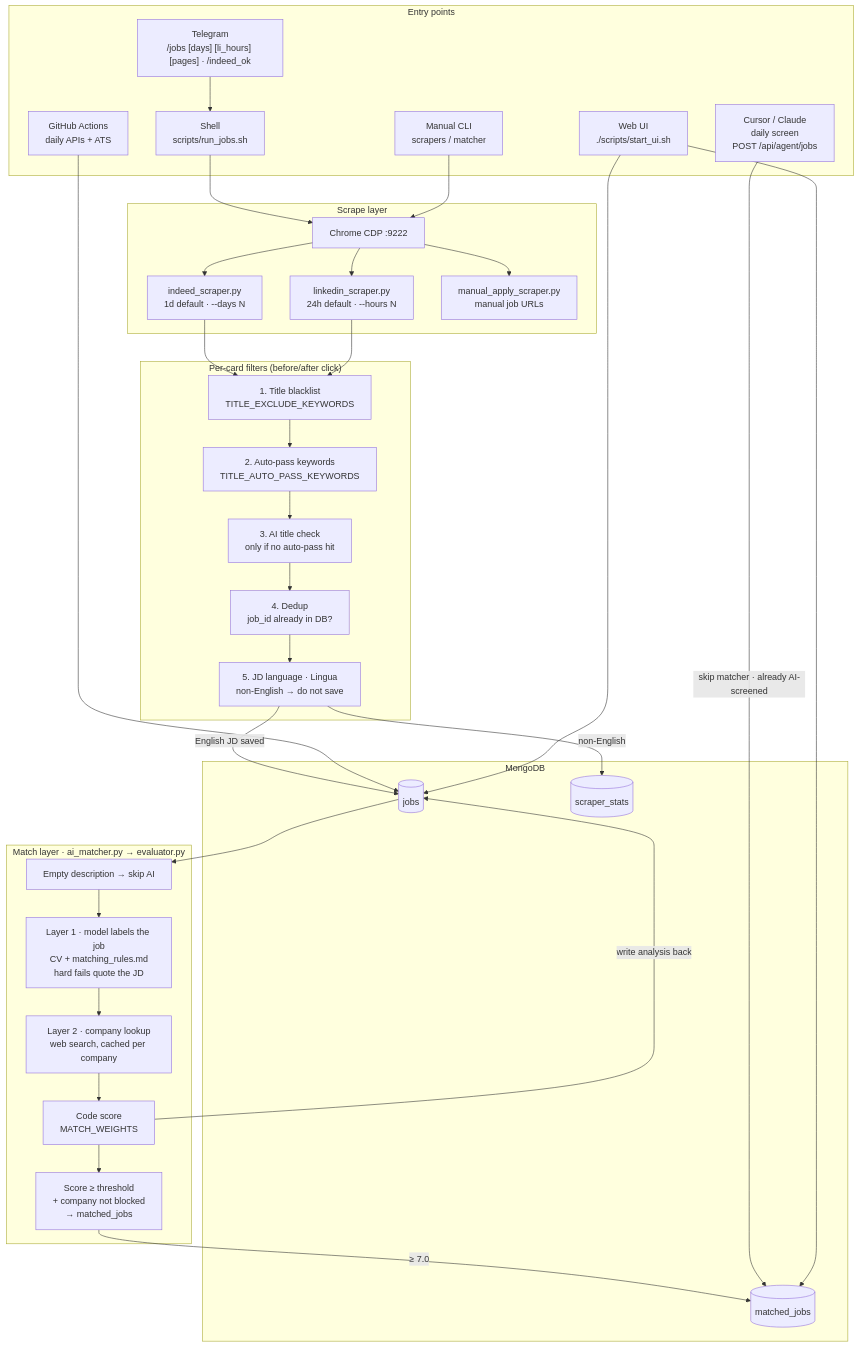
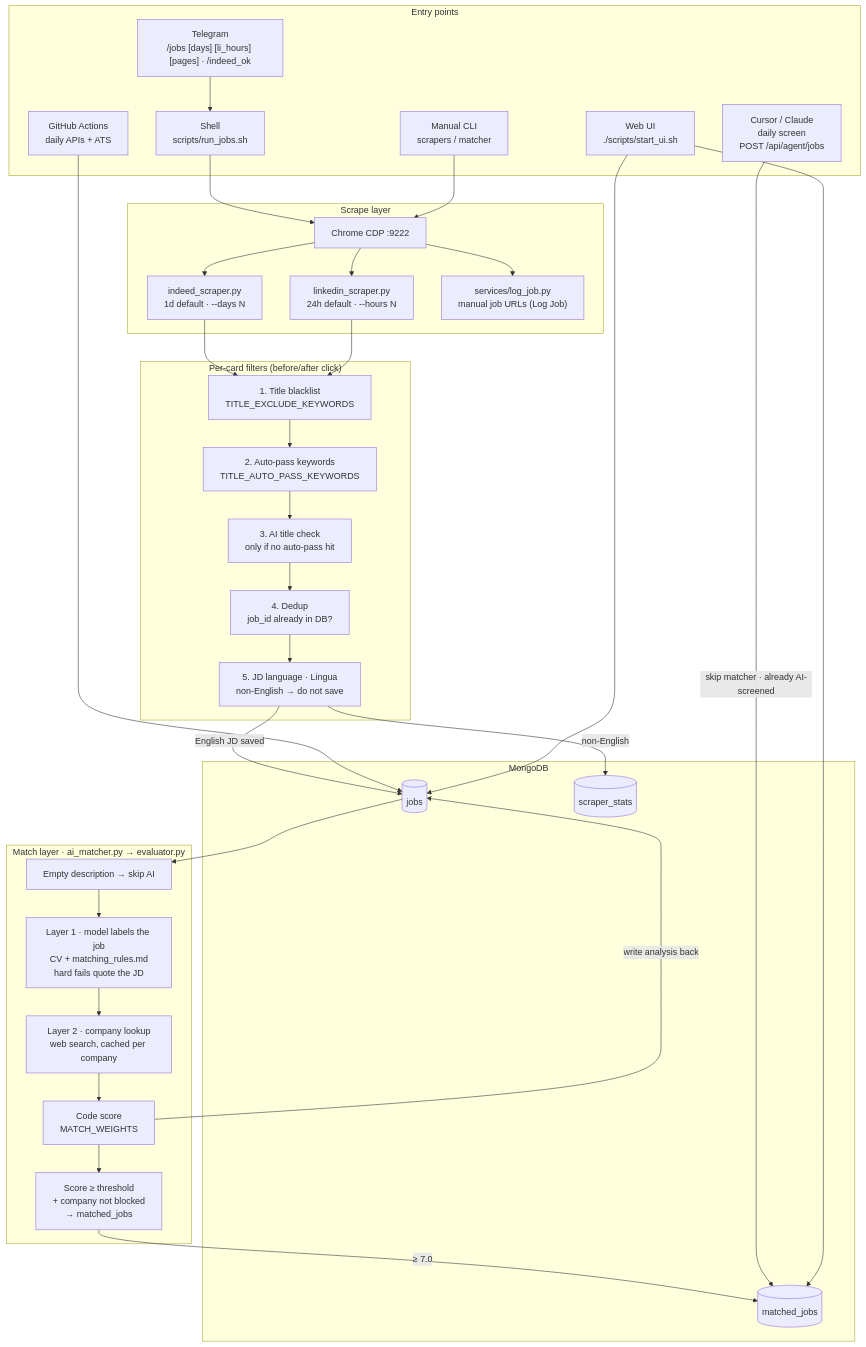
Before and after one commit to JialiNong/job_tracker: the first of 4 diagrams in docs/architecture.md, drawn with Mermaid. The commit also changed other lines of this file and 100 other files, not shown here.

````diff
--- a/docs/architecture.md
+++ b/docs/architecture.md
@@ -13,57 +13,57 @@
 ```mermaid
 flowchart TB
     subgraph Triggers["Entry points"]
         T1["Telegram<br/>/jobs [days] [li_hours] [pages] · /indeed_ok"]
         T2["Shell<br/>scripts/run_jobs.sh"]
         T3["GitHub Actions<br/>daily APIs + ATS"]
         T4["Web UI<br/>./scripts/start_ui.sh"]
         T5["Manual CLI<br/>scrapers / matcher"]
         T6["Cursor / Claude<br/>daily screen<br/>POST /api/agent/jobs"]
     end
 
     subgraph Scrape["Scrape layer"]
         Chrome["Chrome CDP :9222"]
         Indeed["indeed_scraper.py<br/>1d default · --days N"]
         LI["linkedin_scraper.py<br/>24h default · --hours N"]
-        Manual["manual_apply_scraper.py<br/>manual job URLs"]
+        Manual["services/log_job.py<br/>manual job URLs (Log Job)"]
     end
 
     subgraph Filters["Per-card filters (before/after click)"]
         F1["1. Title blacklist<br/>TITLE_EXCLUDE_KEYWORDS"]
         F2["2. Auto-pass keywords<br/>TITLE_AUTO_PASS_KEYWORDS"]
         F3["3. AI title check<br/>only if no auto-pass hit"]
         F4["4. Dedup<br/>job_id already in DB?"]
         F5["5. JD language · Lingua<br/>non-English → do not save"]
     end
 
     subgraph Store["MongoDB"]
         Jobs[("jobs")]
         Matched[("matched_jobs")]
         Stats[("scraper_stats")]
     end
 
     subgraph Match["Match layer · ai_matcher.py → evaluator.py"]
         M0["Empty description → skip AI"]
         M1["Layer 1 · model labels the job<br/>CV + matching_rules.md<br/>hard fails quote the JD"]
         M1b["Layer 2 · company lookup<br/>web search, cached per company"]
         M2["Code score<br/>MATCH_WEIGHTS"]
         M3["Score ≥ threshold<br/>+ company not blocked<br/>→ matched_jobs"]
     end
 
     T1 --> T2
     T2 --> Chrome
     T5 --> Chrome
     Chrome --> Indeed & LI & Manual
 
     Indeed & LI --> F1 --> F2 --> F3 --> F4 --> F5
     F5 -->|English JD saved| Jobs
     F5 -->|non-English| Stats
 
     T3 --> Jobs
     Jobs --> M0 --> M1 --> M1b --> M2 --> M3
     M3 -->|≥ 7.0| Matched
     M2 -->|write analysis back| Jobs
 
     T6 -->|skip matcher · already AI-screened| Matched
     T4 --> Matched & Jobs
 ```
````
